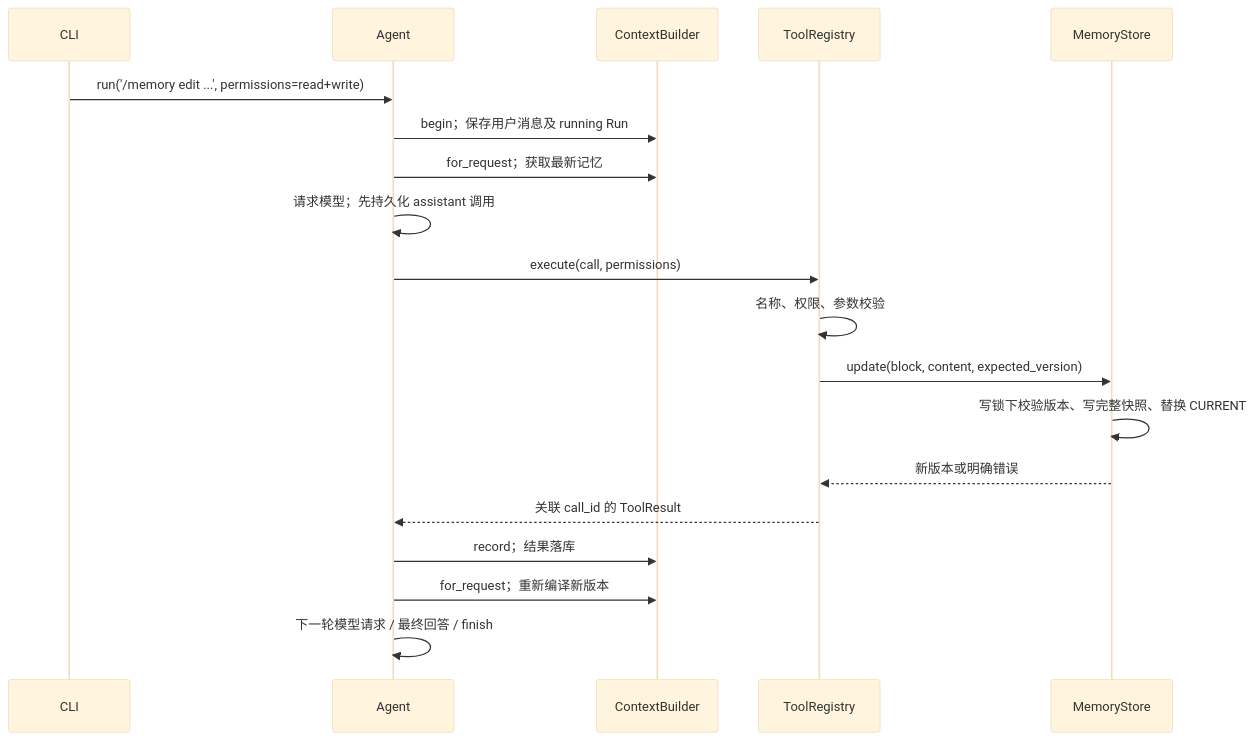
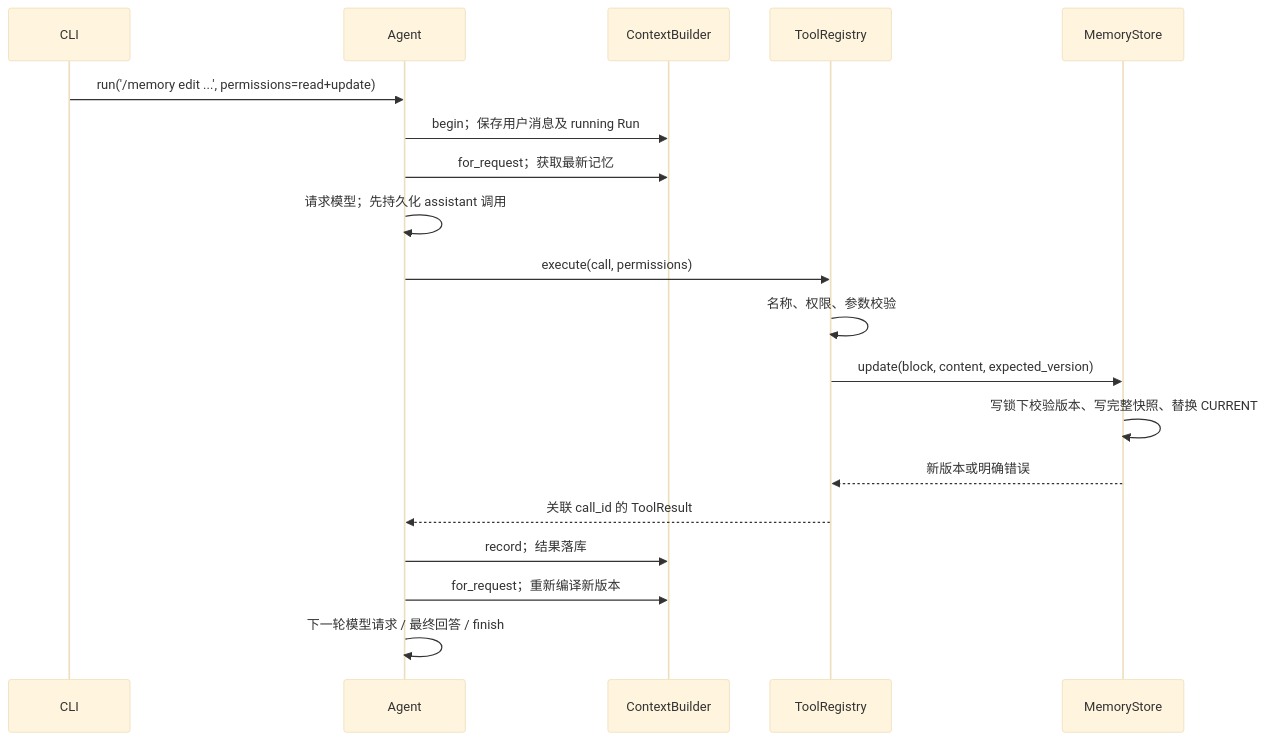
The fifth of 5 diagrams in docs/architecture.md (KindofCrazy/heybuddy), drawn with Mermaid (base theme) before and after one commit. The commit also changed other lines of this file and 18 other files, not shown here.

First line of the commit message:
fix: harden V0.3.1 memory editing and permissions

````diff
--- a/docs/architecture.md
+++ b/docs/architecture.md
@@ -275,21 +275,21 @@
 ```mermaid
 sequenceDiagram
     participant CLI
     participant A as Agent
     participant C as ContextBuilder
     participant T as ToolRegistry
     participant M as MemoryStore
-    CLI->>A: run('/memory edit ...', permissions=read+write)
+    CLI->>A: run('/memory edit ...', permissions=read+update)
     A->>C: begin；保存用户消息及 running Run
     A->>C: for_request；获取最新记忆
     A->>A: 请求模型；先持久化 assistant 调用
     A->>T: execute(call, permissions)
     T->>T: 名称、权限、参数校验
     T->>M: update(block, content, expected_version)
     M->>M: 写锁下校验版本、写完整快照、替换 CURRENT
     M-->>T: 新版本或明确错误
     T-->>A: 关联 call_id 的 ToolResult
     A->>C: record；结果落库
     A->>C: for_request；重新编译新版本
     A->>A: 下一轮模型请求 / 最终回答 / finish
 ```
````
